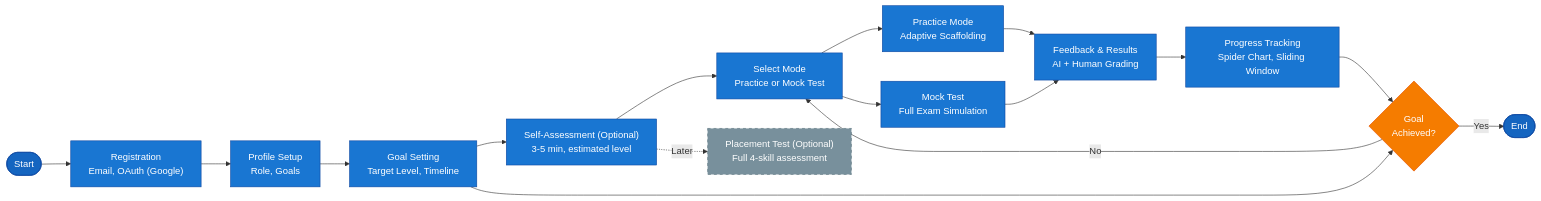
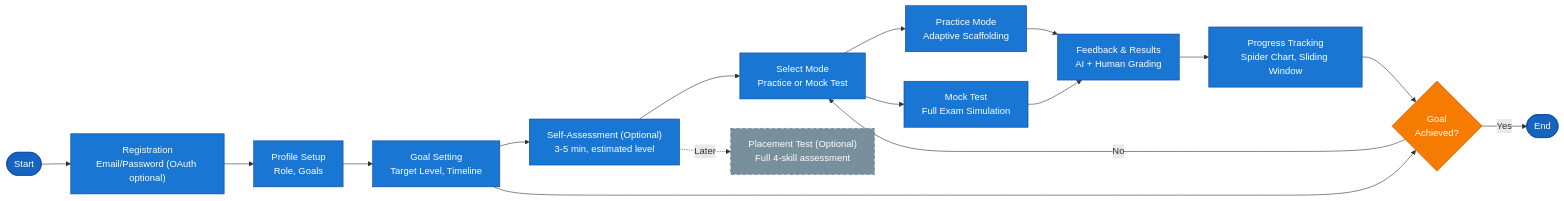
One commit to nghyane/VSTEP changed the second of 8 diagrams in docs/capstone/diagrams/flow-diagrams.md. Above: the diagram before and after it, drawn with Mermaid. The commit also changed other lines of this file and 9 other files, not shown here.

````diff
--- a/docs/capstone/diagrams/flow-diagrams.md
+++ b/docs/capstone/diagrams/flow-diagrams.md
@@ -146,43 +153,43 @@
 ```mermaid
 flowchart LR
     Start(["Start"])
-    Reg["Registration<br/>Email, OAuth (Google)"]
+    Reg["Registration<br/>Email/Password (OAuth optional)"]
     Profile["Profile Setup<br/>Role, Goals"]
     GoalSet["Goal Setting<br/>Target Level, Timeline"]
     SelfAssess["Self-Assessment (Optional)<br/>3-5 min, estimated level"]
     Select["Select Mode<br/>Practice or Mock Test"]
     Practice["Practice Mode<br/>Adaptive Scaffolding"]
     Mock["Mock Test<br/>Full Exam Simulation"]
     Feedback["Feedback & Results<br/>AI + Human Grading"]
     Progress["Progress Tracking<br/>Spider Chart, Sliding Window"]
     GoalCheck{"Goal<br/>Achieved?"}
     Placement["Placement Test (Optional)<br/>Full 4-skill assessment"]
     End(["End"])
 
     Start --> Reg
     Reg --> Profile
     Profile --> GoalSet
     GoalSet --> SelfAssess
     SelfAssess --> Select
     Select --> Practice
     Select --> Mock
     Practice --> Feedback
     Mock --> Feedback
     Feedback --> Progress
     Progress --> GoalCheck
     GoalSet --> GoalCheck
     GoalCheck -->|No| Select
     GoalCheck -->|Yes| End
     SelfAssess -.->|Later| Placement
 
     classDef start fill:#1565c0,stroke:#0d47a1,color:#fff
     classDef process fill:#1976d2,stroke:#0d47a1,color:#fff
     classDef decision fill:#f57c00,stroke:#e65100,color:#fff
     classDef outcome fill:#7b1fa2,stroke:#4a148c,color:#fff
     classDef optional fill:#78909c,stroke:#546e7a,color:#fff,stroke-dasharray: 5 5
 
     class Start,End start
     class Reg,Profile,GoalSet,SelfAssess,Practice,Mock,Feedback,Progress,Select process
     class GoalCheck decision
     class Placement optional
 ```
````
